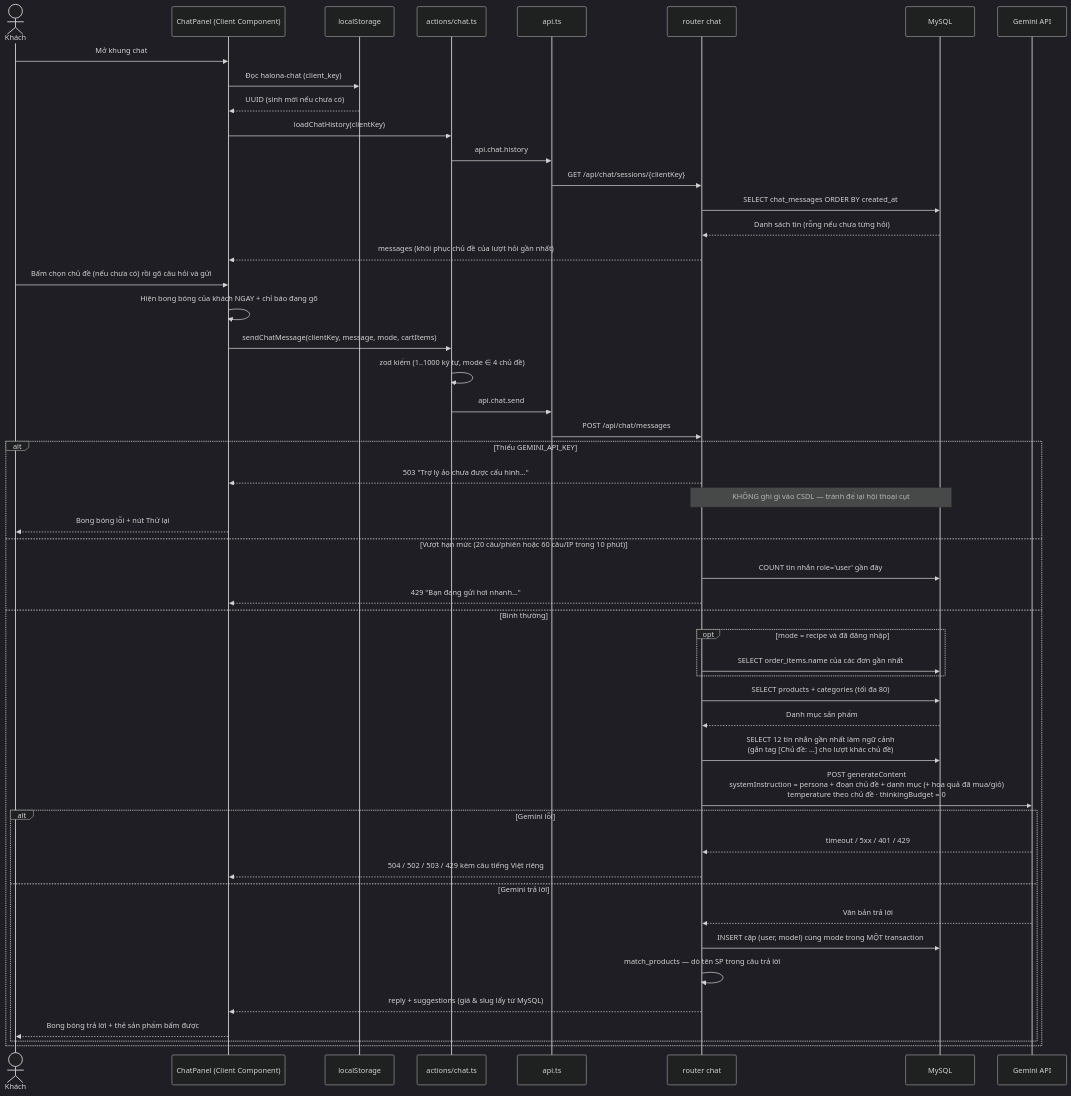
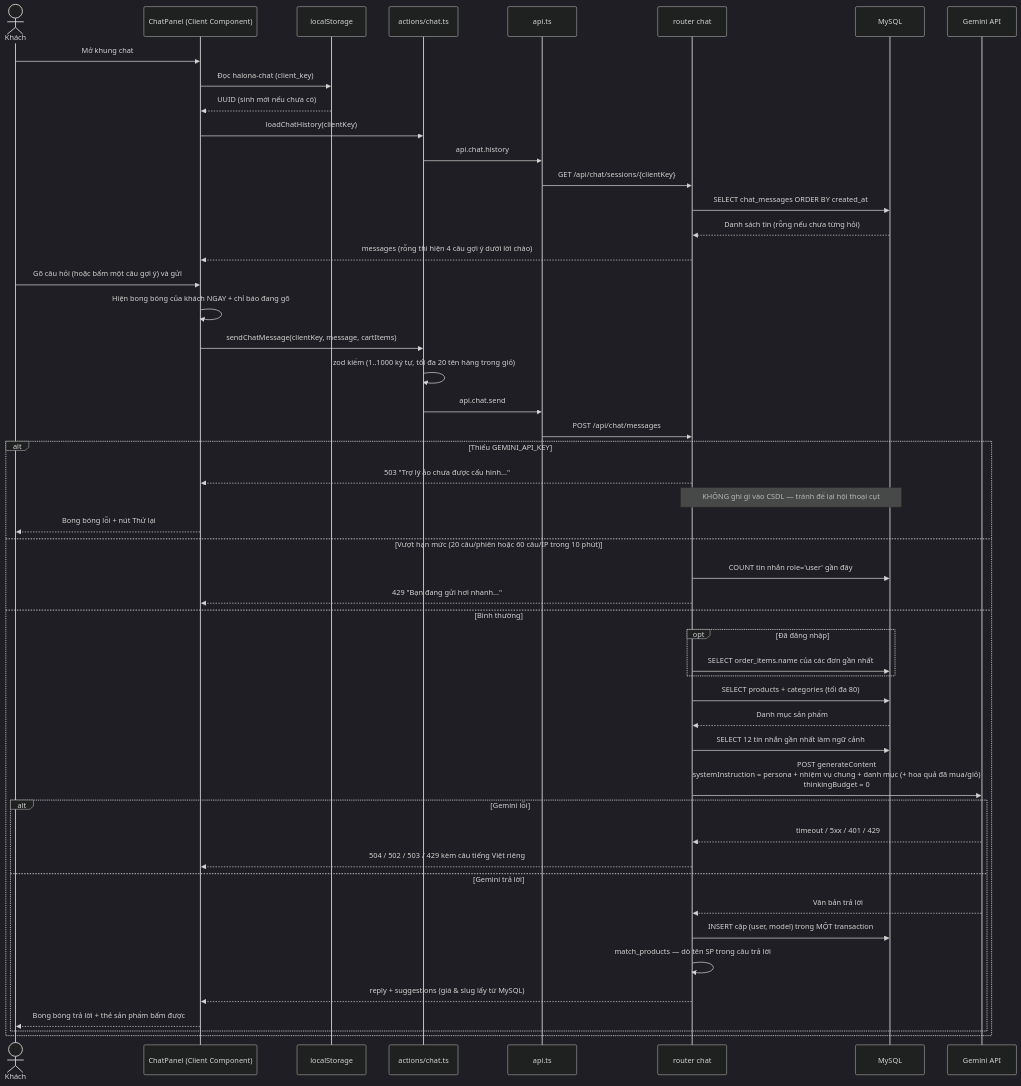
One commit to ngvuowng/doan changed diagram 29 of 51 in docs/SRS.md. Above: the diagram before and after it, drawn with Mermaid (dark theme). The commit also changed other lines of this file and 14 other files, not shown here.

Commit message:
Trợ lý ảo bỏ bước chọn chủ đề: hỏi thẳng kèm 4 câu gợi ý; banner tự chuyển slide, khung ảnh sản phẩm nền kem

````diff
--- a/docs/SRS.md
+++ b/docs/SRS.md
@@ -1758,55 +1758,55 @@
 ```mermaid
 sequenceDiagram
     actor U as Khách
     participant UI as ChatPanel (Client Component)
     participant LS as localStorage
     participant SA as actions/chat.ts
     participant AC as api.ts
     participant API as router chat
     participant DB as MySQL
     participant GM as Gemini API
 
     U->>UI: Mở khung chat
     UI->>LS: Đọc halona-chat (client_key)
     LS-->>UI: UUID (sinh mới nếu chưa có)
     UI->>SA: loadChatHistory(clientKey)
     SA->>AC: api.chat.history
     AC->>API: GET /api/chat/sessions/{clientKey}
     API->>DB: SELECT chat_messages ORDER BY created_at
     DB-->>API: Danh sách tin (rỗng nếu chưa từng hỏi)
-    API-->>UI: messages (khôi phục chủ đề của lượt hỏi gần nhất)
+    API-->>UI: messages (rỗng thì hiện 4 câu gợi ý dưới lời chào)
 
-    U->>UI: Bấm chọn chủ đề (nếu chưa có) rồi gõ câu hỏi và gửi
+    U->>UI: Gõ câu hỏi (hoặc bấm một câu gợi ý) và gửi
     UI->>UI: Hiện bong bóng của khách NGAY + chỉ báo đang gõ
-    UI->>SA: sendChatMessage(clientKey, message, mode, cartItems)
-    SA->>SA: zod kiểm (1..1000 ký tự, mode ∈ 4 chủ đề)
+    UI->>SA: sendChatMessage(clientKey, message, cartItems)
+    SA->>SA: zod kiểm (1..1000 ký tự, tối đa 20 tên hàng trong giỏ)
     SA->>AC: api.chat.send
     AC->>API: POST /api/chat/messages
 
     alt Thiếu GEMINI_API_KEY
         API-->>UI: 503 "Trợ lý ảo chưa được cấu hình..."
         Note over API,DB: KHÔNG ghi gì vào CSDL — tránh để lại hội thoại cụt
         UI-->>U: Bong bóng lỗi + nút Thử lại
     else Vượt hạn mức (20 câu/phiên hoặc 60 câu/IP trong 10 phút)
         API->>DB: COUNT tin nhắn role='user' gần đây
         API-->>UI: 429 "Bạn đang gửi hơi nhanh..."
     else Bình thường
-        opt mode = recipe và đã đăng nhập
+        opt Đã đăng nhập
             API->>DB: SELECT order_items.name của các đơn gần nhất
         end
         API->>DB: SELECT products + categories (tối đa 80)
         DB-->>API: Danh mục sản phẩm
-        API->>DB: SELECT 12 tin nhắn gần nhất làm ngữ cảnh<br/>(gắn tag [Chủ đề: …] cho lượt khác chủ đề)
-        API->>GM: POST generateContent<br/>systemInstruction = persona + đoạn chủ đề + danh mục (+ hoa quả đã mua/giỏ)<br/>temperature theo chủ đề · thinkingBudget = 0
+        API->>DB: SELECT 12 tin nhắn gần nhất làm ngữ cảnh
+        API->>GM: POST generateContent<br/>systemInstruction = persona + nhiệm vụ chung + danh mục (+ hoa quả đã mua/giỏ)<br/>thinkingBudget = 0
         alt Gemini lỗi
             GM-->>API: timeout / 5xx / 401 / 429
             API-->>UI: 504 / 502 / 503 / 429 kèm câu tiếng Việt riêng
         else Gemini trả lời
             GM-->>API: Văn bản trả lời
-            API->>DB: INSERT cặp (user, model) cùng mode trong MỘT transaction
+            API->>DB: INSERT cặp (user, model) trong MỘT transaction
             API->>API: match_products — dò tên SP trong câu trả lời
             API-->>UI: reply + suggestions (giá & slug lấy từ MySQL)
             UI-->>U: Bong bóng trả lời + thẻ sản phẩm bấm được
         end
     end
 ```
````
